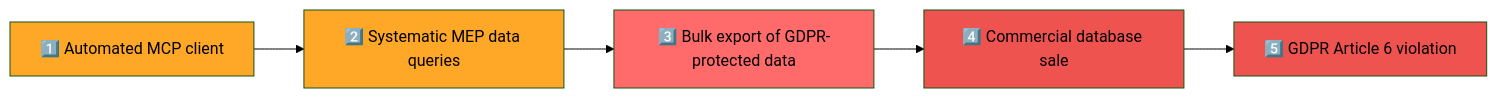
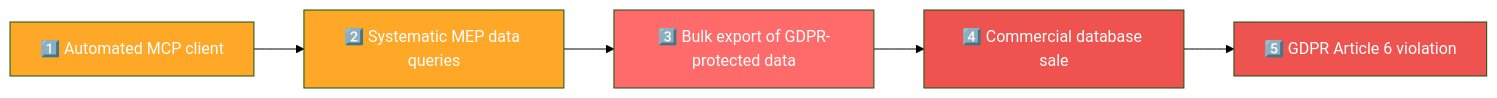
The seventh of 21 diagrams in THREAT_MODEL.md (Hack23/European-Parliament-MCP-Server), drawn with Mermaid (forest theme) before and after one commit. The commit also changed other lines of this file and 28 other files, not shown here.

First line of the commit message:
fix: correct 5 broken mermaid diagrams and add explicit text colors for dark/light mode

````diff
--- a/THREAT_MODEL.md
+++ b/THREAT_MODEL.md
@@ -814,13 +826,18 @@
 ```mermaid
 graph LR
     A[1️⃣ Automated MCP client] --> B[2️⃣ Systematic MEP data queries]
     B --> C[3️⃣ Bulk export of GDPR-protected data]
     C --> D[4️⃣ Commercial database sale]
     D --> E[5️⃣ GDPR Article 6 violation]
     
-    style A fill:#ffa726
-    style B fill:#ffa726
-    style C fill:#ff6b6b
-    style D fill:#ef5350
-    style E fill:#ef5350
+    style A fill:#ffa726,color:#ffffff
+
+    style B fill:#ffa726,color:#ffffff
+
+    style C fill:#ff6b6b,color:#ffffff
+
+    style D fill:#ef5350,color:#ffffff
+
+    style E fill:#ef5350,color:#ffffff
+
 ```
````
